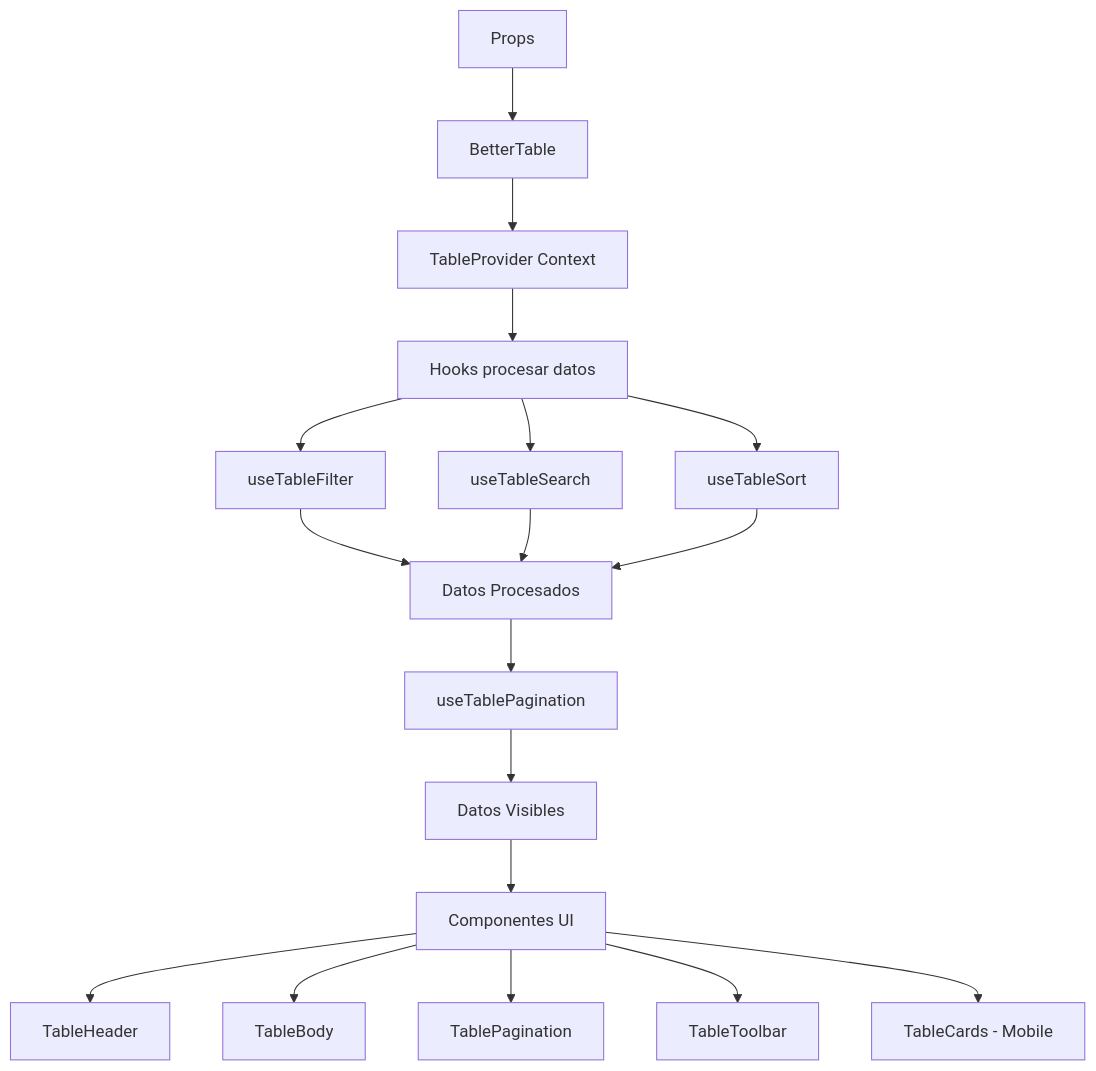
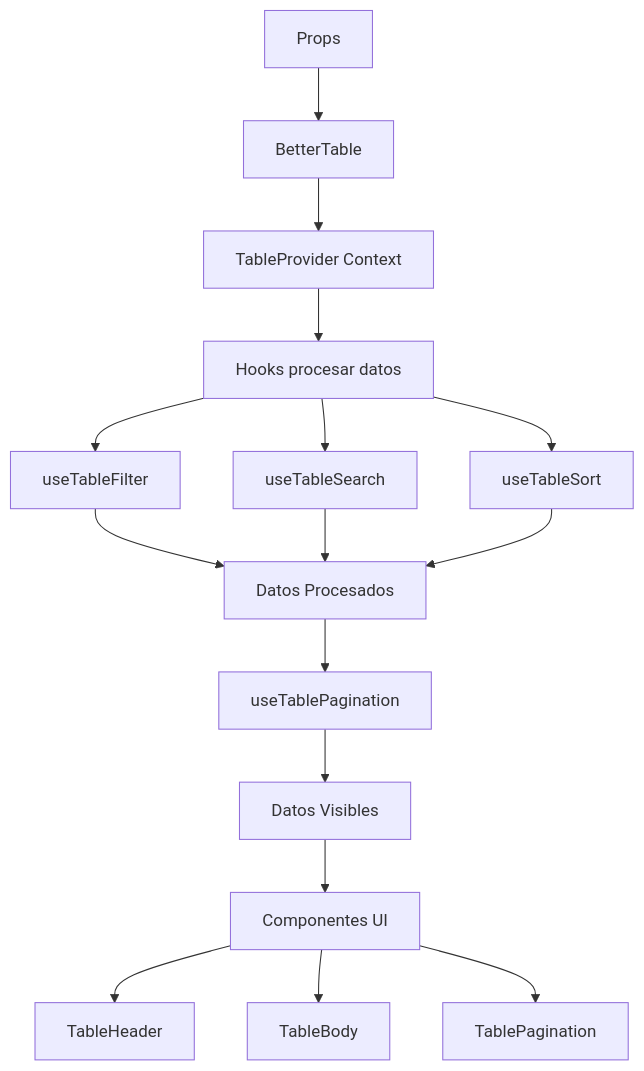
The first of 3 diagrams in better-table/docs/architecture.md (jrodrigopuca/BetterTable), drawn with Mermaid before and after one commit. The commit also changed other lines of this file and 5 other files, not shown here.

````diff
--- a/better-table/docs/architecture.md
+++ b/better-table/docs/architecture.md
@@ -84,20 +84,18 @@
 ```mermaid
 graph TD
     A[Props] --> B[BetterTable]
     B --> C[TableProvider Context]
     C --> D[Hooks procesar datos]
     D --> E[useTableFilter]
     D --> F[useTableSearch]
     D --> G[useTableSort]
     E --> H[Datos Procesados]
     F --> H
     G --> H
     H --> I[useTablePagination]
     I --> J[Datos Visibles]
     J --> K[Componentes UI]
     K --> L[TableHeader]
     K --> M[TableBody]
     K --> N[TablePagination]
-    K --> O[TableToolbar]
-    K --> P[TableCards - Mobile]
 ```
````
